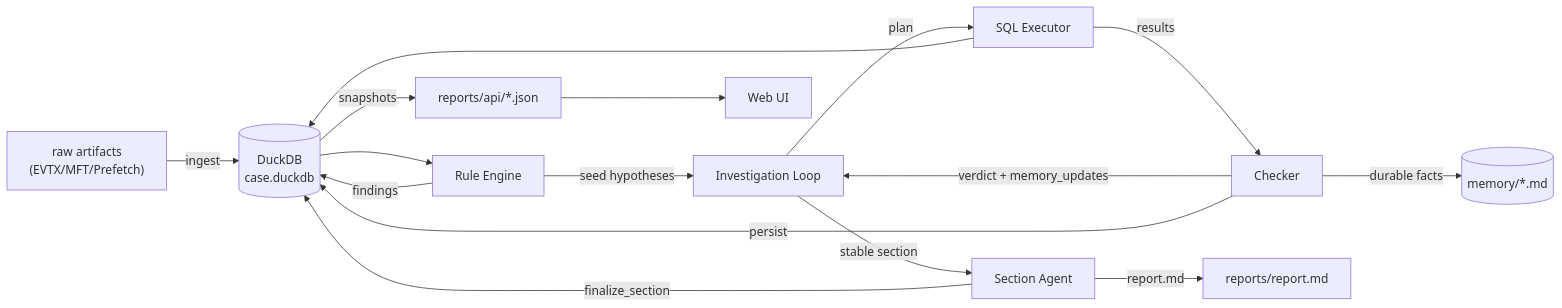
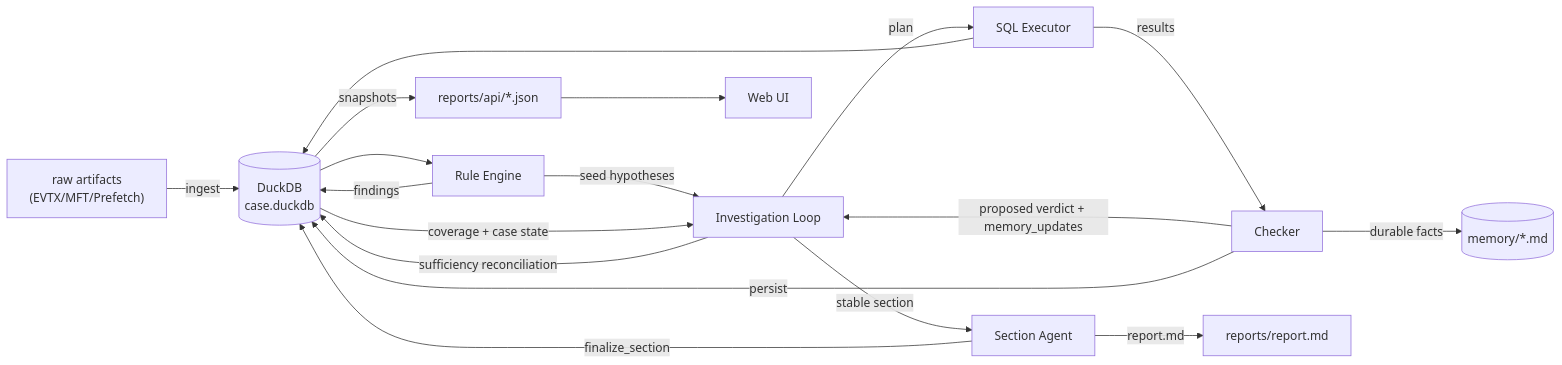
One commit to sumeshi/forensia changed the first of 4 diagrams in docs/architecture.md. Above: the diagram before and after it, drawn with Mermaid. The commit also changed other lines of this file and 44 other files, not shown here.

````diff
--- a/docs/architecture.md
+++ b/docs/architecture.md
@@ -14,18 +14,20 @@
 ```mermaid
 flowchart LR
     A["raw artifacts<br/>(EVTX/MFT/Prefetch)"] -->|ingest| B[("DuckDB<br/>case.duckdb")]
     B --> C[Rule Engine]
     C -->|findings| B
     C -->|seed hypotheses| H[Investigation Loop]
+    B -->|coverage + case state| H
     H -->|plan| Q[SQL Executor]
     Q --> B
     Q -->|results| K[Checker]
-    K -->|verdict + memory_updates| H
+    K -->|proposed verdict + memory_updates| H
+    H -->|sufficiency reconciliation| B
     K -->|persist| B
     K -->|durable facts| M[("memory/*.md")]
     H -->|stable section| R[Section Agent]
     R -->|finalize_section| B
     R -->|report.md| O["reports/report.md"]
     B -->|snapshots| S["reports/api/*.json"]
     S --> W["Web UI"]
 ```
````
